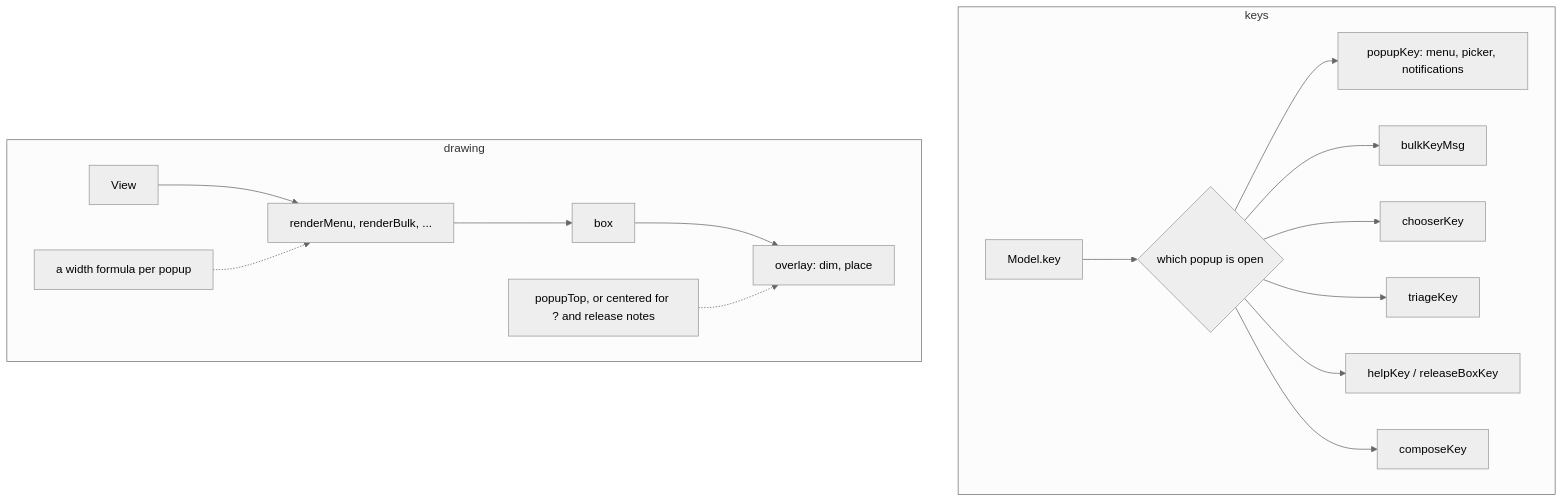
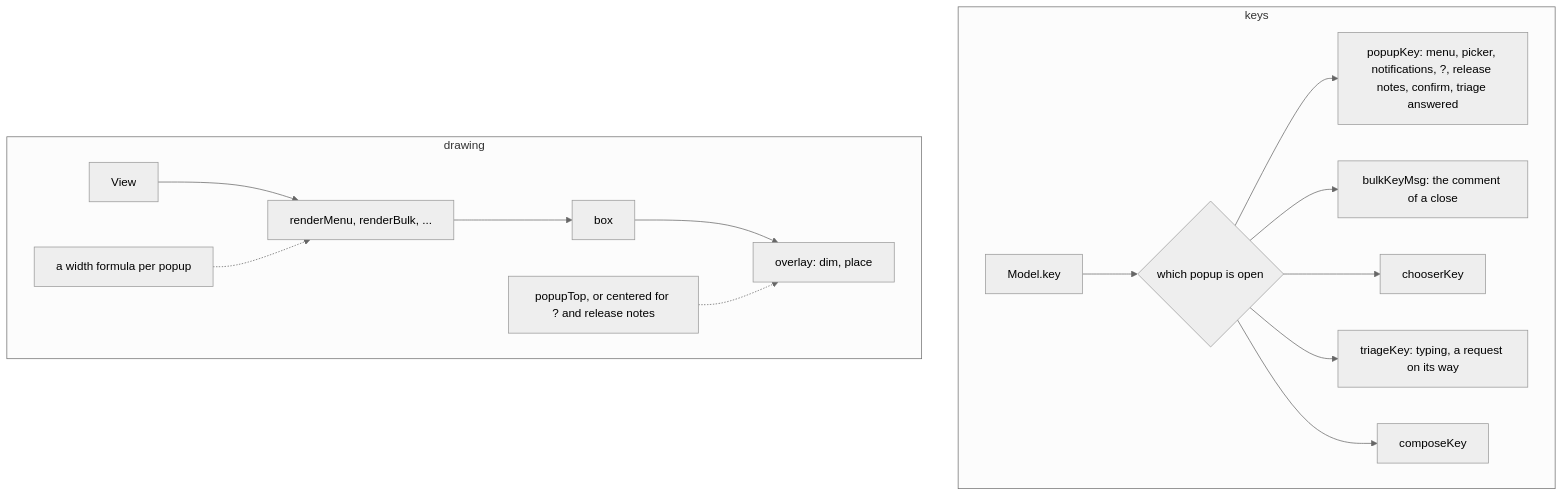
One commit to babarot/gh-desk changed the first of 2 diagrams in docs/design/popups.md. Above: the diagram before and after it, drawn with Mermaid (neutral theme). The commit also changed other lines of this file and 9 other files, not shown here.

````diff
--- a/docs/design/popups.md
+++ b/docs/design/popups.md
@@ -72,19 +72,18 @@
 ```mermaid
 flowchart TB
   subgraph keys["keys"]
     K["Model.key"] --> SW{"which popup is open"}
-    SW --> SH["popupKey: menu, picker, notifications"]
-    SW --> BK["bulkKeyMsg"]
+    SW --> SH["popupKey: menu, picker, notifications, ?, release notes, confirm, triage answered"]
+    SW --> BK["bulkKeyMsg: the comment of a close"]
     SW --> CK["chooserKey"]
-    SW --> TK["triageKey"]
-    SW --> HK["helpKey / releaseBoxKey"]
+    SW --> TK["triageKey: typing, a request on its way"]
     SW --> CPK["composeKey"]
   end
   subgraph draw["drawing"]
     V["View"] --> RS["renderMenu, renderBulk, ..."]
     RS --> BOX["box"]
     BOX --> OV["overlay: dim, place"]
     W["a width formula per popup"] -.-> RS
     T["popupTop, or centered for ? and release notes"] -.-> OV
   end
 ```
````
